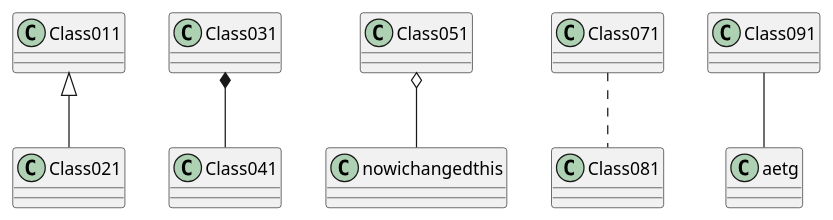
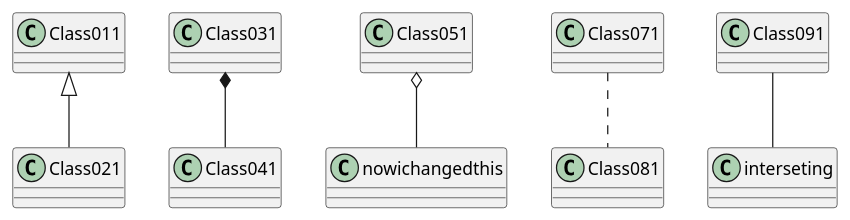
One commit to weichware10/meilensteine changed the diagram in meilenstein_03/sub/pumltest2.puml. Above: the diagram before and after it, drawn with PlantUML.

```diff
--- a/meilenstein_03/sub/pumltest2.puml
+++ b/meilenstein_03/sub/pumltest2.puml
@@ -1,7 +1,7 @@
 @startuml test
 Class011 <|-- Class021
 Class031 *-- Class041
 Class051 o-- nowichangedthis
 Class071 .. Class081
-Class091 -- aetg
+Class091 -- interseting
 @enduml
```
